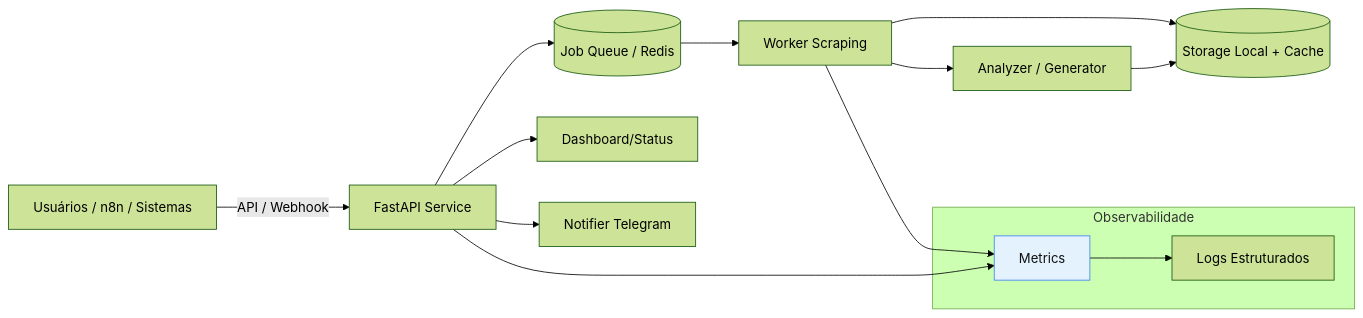
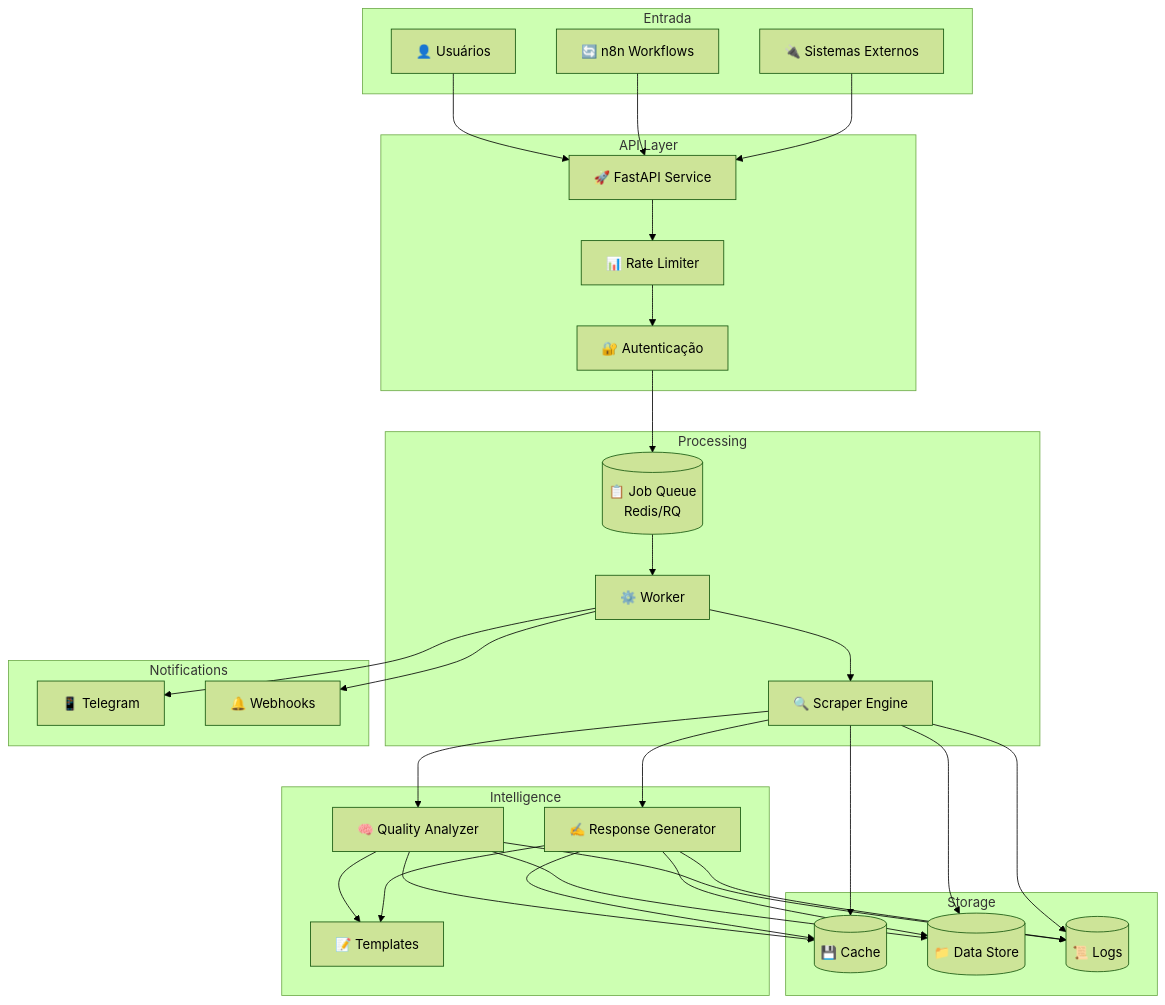
One commit to bernardopg/doctoralia-scrapper changed the diagram in README.md. Above: the diagram before and after it, drawn with Mermaid (forest theme). The commit also changed other lines of this file and 6 other files, not shown here.

````diff
--- a/README.md
+++ b/README.md
@@ -42,17 +130,45 @@
 ```mermaid
-flowchart LR
-    U[Usuários / n8n / Sistemas] -->|API / Webhook| A[FastAPI Service]
-    A --> J[(Job Queue / Redis)]
-    J --> W[Worker Scraping]
-    W --> S[(Storage Local + Cache)]
-    W --> Q[Analyzer / Generator]
-    Q --> S
-    A --> D[Dashboard/Status]
-    A --> N[Notifier Telegram]
-    subgraph Observabilidade
-      M[Metrics]:::m --> L[Logs Estruturados]
+flowchart TB
+    subgraph Entrada
+        U[👤 Usuários]
+        N[🔄 n8n Workflows]
+        E[🔌 Sistemas Externos]
     end
-    W --> M
-    A --> M
-    classDef m fill:#e3f2fd,stroke:#3b82f6,color:#111;
+
+    subgraph API Layer
+        A[🚀 FastAPI Service]
+        R[📊 Rate Limiter]
+        Auth[🔐 Autenticação]
+    end
+
+    subgraph Processing
+        J[(📋 Job Queue<br/>Redis/RQ)]
+        W[⚙️ Worker]
+        S[🔍 Scraper Engine]
+    end
+
+    subgraph Intelligence
+        Q[🧠 Quality Analyzer]
+        G[✍️ Response Generator]
+        T[📝 Templates]
+    end
+
+    subgraph Storage
+        C[(💾 Cache)]
+        D[(📁 Data Store)]
+        L[(📜 Logs)]
+    end
+
+    subgraph Notifications
+        TG[📱 Telegram]
+        WH[🔔 Webhooks]
+    end
+
+    U & N & E --> A
+    A --> R --> Auth --> J
+    J --> W --> S
+    S --> Q & G
+    Q & G --> T
+    S & Q & G --> C & D & L
+    W --> TG & WH
 ```
````
